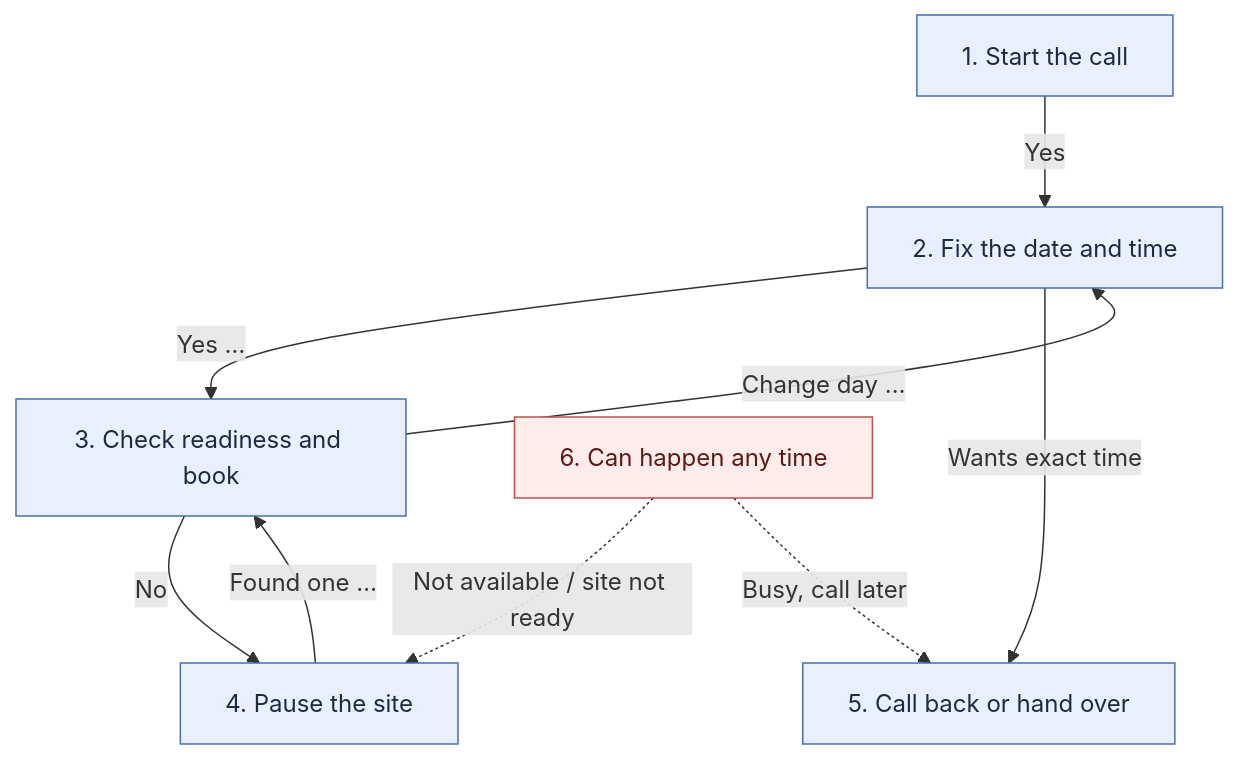
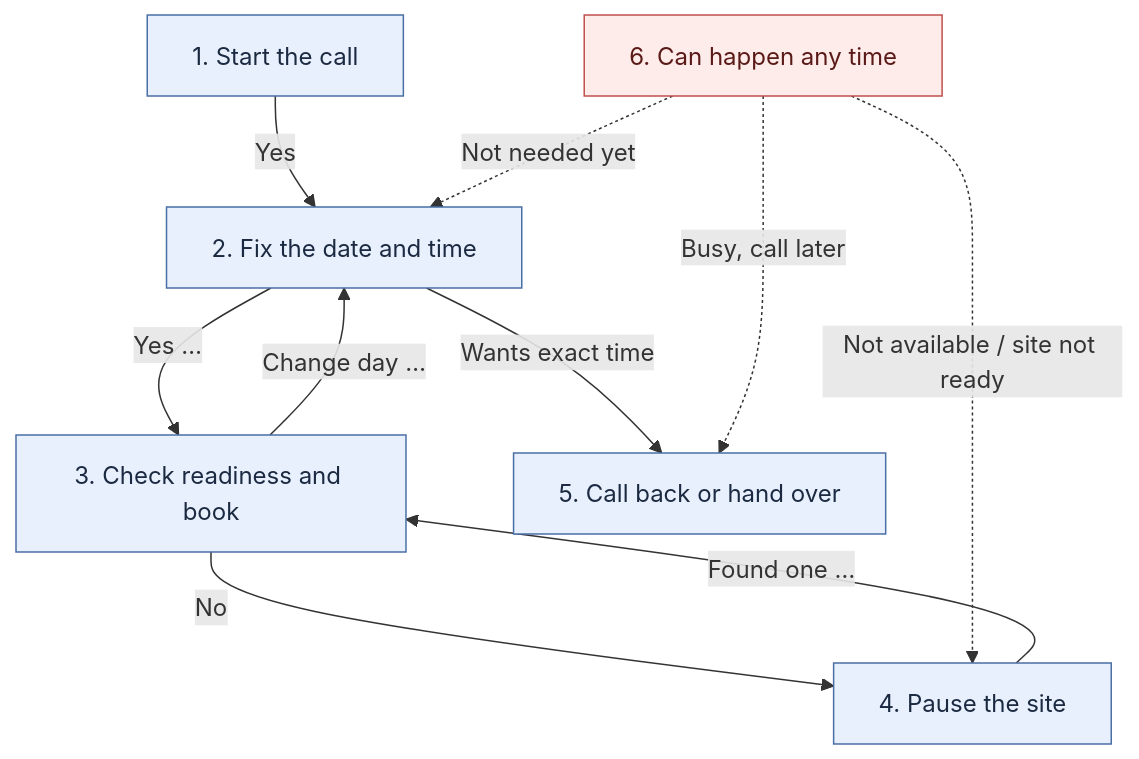
One commit to krupalvora-SSE/hackathon changed the first of 7 diagrams in flows/service-scheduling/README.md. Above: the diagram before and after it, drawn with Mermaid. The commit also changed other lines of this file and 19 other files, not shown here.

First line of the commit message:
SSE-15527: Rework the scheduling flow from 4 sample calls (flow v0.3.0)

````diff
--- a/flows/service-scheduling/README.md
+++ b/flows/service-scheduling/README.md
@@ -97,22 +102,23 @@
 ```mermaid
 flowchart TD
   start["1. Start the call"]:::talk
   slot["2. Fix the date and time"]:::talk
   confirm["3. Check readiness and book"]:::talk
   hold["4. Pause the site"]:::talk
   later["5. Call back or hand over"]:::talk
   anytime["6. Can happen any time"]:::any
   start -->|"Yes"| slot
   slot -->|"Yes …"| confirm
   slot -->|"Wants exact time"| later
   confirm -->|"No"| hold
   hold -->|"Found one …"| confirm
   confirm -->|"Change day …"| slot
   anytime -.->|"Not available / site not ready"| hold
   anytime -.->|"Busy, call later"| later
+  anytime -.->|"Not needed yet"| slot
   classDef talk fill:#E8F0FE,stroke:#4A6FA5,color:#1B2A41
   classDef system fill:#FFF4E0,stroke:#C98A1B,color:#4A3200
   classDef terminal fill:#E6F4EA,stroke:#3C8D50,color:#1E4620
   classDef jump fill:#F3F3F3,stroke:#999,color:#333,stroke-dasharray:4 3
   classDef any fill:#FDECEA,stroke:#C0504D,color:#5A1A18
 ```
````
